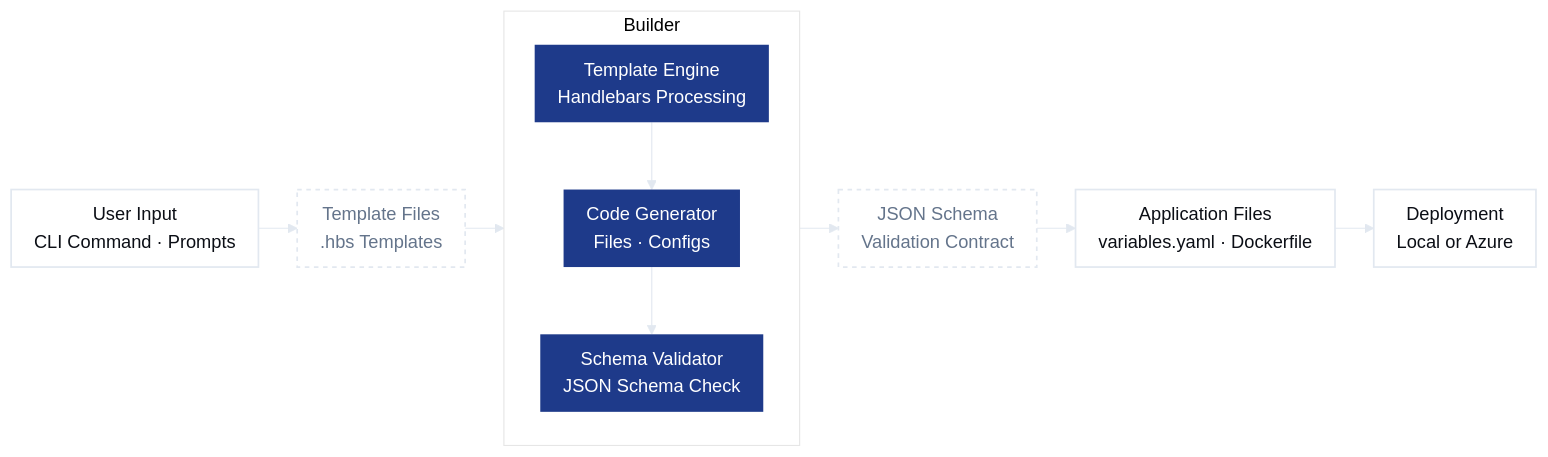
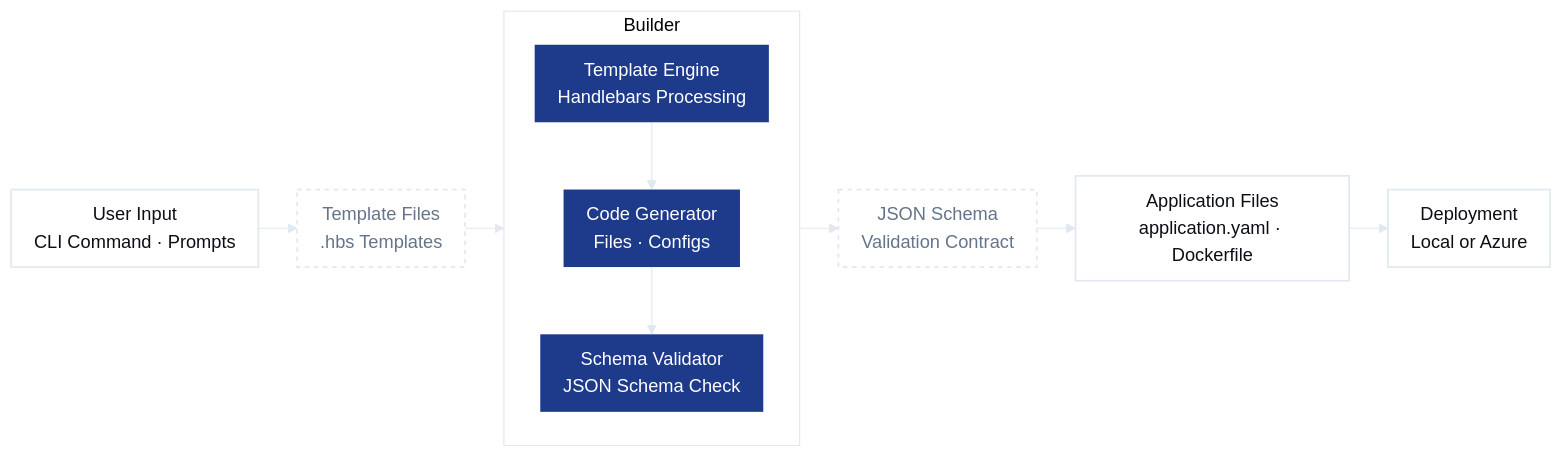
The second of 4 diagrams in .cursor/rules/flows-and-visuals.md (esystemsdev/aifabrix-builder), drawn with Mermaid before and after one commit. The commit also changed other lines of this file and 259 other files, not shown here.

````diff
--- a/.cursor/rules/flows-and-visuals.md
+++ b/.cursor/rules/flows-and-visuals.md
@@ -146,67 +146,67 @@
 ```mermaid
 %%{init: {
   "theme": "base",
   "themeVariables": {
     "fontFamily": "Poppins, Arial Rounded MT Bold, Arial, sans-serif",
     "fontSize": "16px",
     "background": "#FFFFFF",
     "primaryColor": "#F8FAFC",
     "primaryTextColor": "#0B0E15",
     "primaryBorderColor": "#E2E8F0",
     "lineColor": "#E2E8F0",
     "textColor": "#0B0E15",
     "borderRadius": 16
   },
   "flowchart": {
     "curve": "linear",
     "nodeSpacing": 34,
     "rankSpacing": 34,
     "padding": 10
   }
 }}%%
 
 flowchart LR
 
 %% =======================
 %% Styles
 %% =======================
 classDef base fill:#FFFFFF,color:#0B0E15,stroke:#E2E8F0,stroke-width:1.5px;
 classDef medium fill:#1E3A8A,color:#ffffff,stroke-width:0px;
 classDef primary fill:#0062FF,color:#ffffff,stroke-width:0px;
 classDef note fill:#FFFFFF,color:#64748B,stroke:#E2E8F0,stroke-width:1.5px,stroke-dasharray:4 4;
 
 %% =======================
 %% User Input
 %% =======================
 Input["User Input<br/>CLI Command · Prompts"]:::base
 
 %% =======================
 %% Builder
 %% =======================
 subgraph Builder["Builder"]
   direction TB
   Template["Template Engine<br/>Handlebars Processing"]:::medium
   Generate["Code Generator<br/>Files · Configs"]:::medium
   Validate["Schema Validator<br/>JSON Schema Check"]:::medium
 end
 
 %% =======================
 %% Contracts
 %% =======================
 Schema["JSON Schema<br/>Validation Contract"]:::note
 TemplateFile["Template Files<br/>.hbs Templates"]:::note
 
 %% =======================
 %% Output
 %% =======================
-Output["Application Files<br/>variables.yaml · Dockerfile"]:::base
+Output["Application Files<br/>application.yaml · Dockerfile"]:::base
 Deploy["Deployment<br/>Local or Azure"]:::base
 
 %% =======================
 %% Flow
 %% =======================
 Input --> TemplateFile --> Template
 Template --> Generate --> Validate
 Validate --> Schema --> Output
 Output --> Deploy
 ```
````
